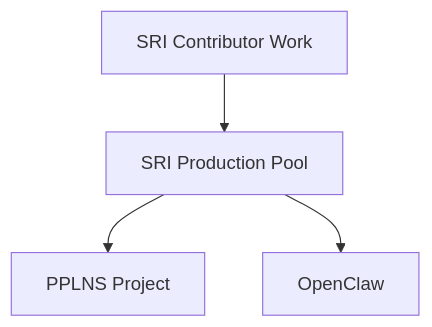
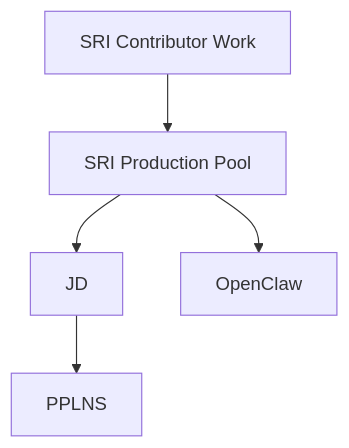
The diagram in 15 Projects/Projects.md (plebhash/obsidian), drawn with Mermaid before and after one commit. The commit also changed 13 other files, not shown here.

````diff
--- a/15 Projects/Projects.md
+++ b/15 Projects/Projects.md
@@ -18,6 +18,7 @@
 ```mermaid
 flowchart TD
     A["SRI Contributor Work"] --> B["SRI Production Pool"]
-    B --> C["PPLNS Project"]
-    B --> D["OpenClaw"]
+    B --> C["JD"]
+    C --> D["PPLNS"]
+    B --> E["OpenClaw"]
 ```
````
